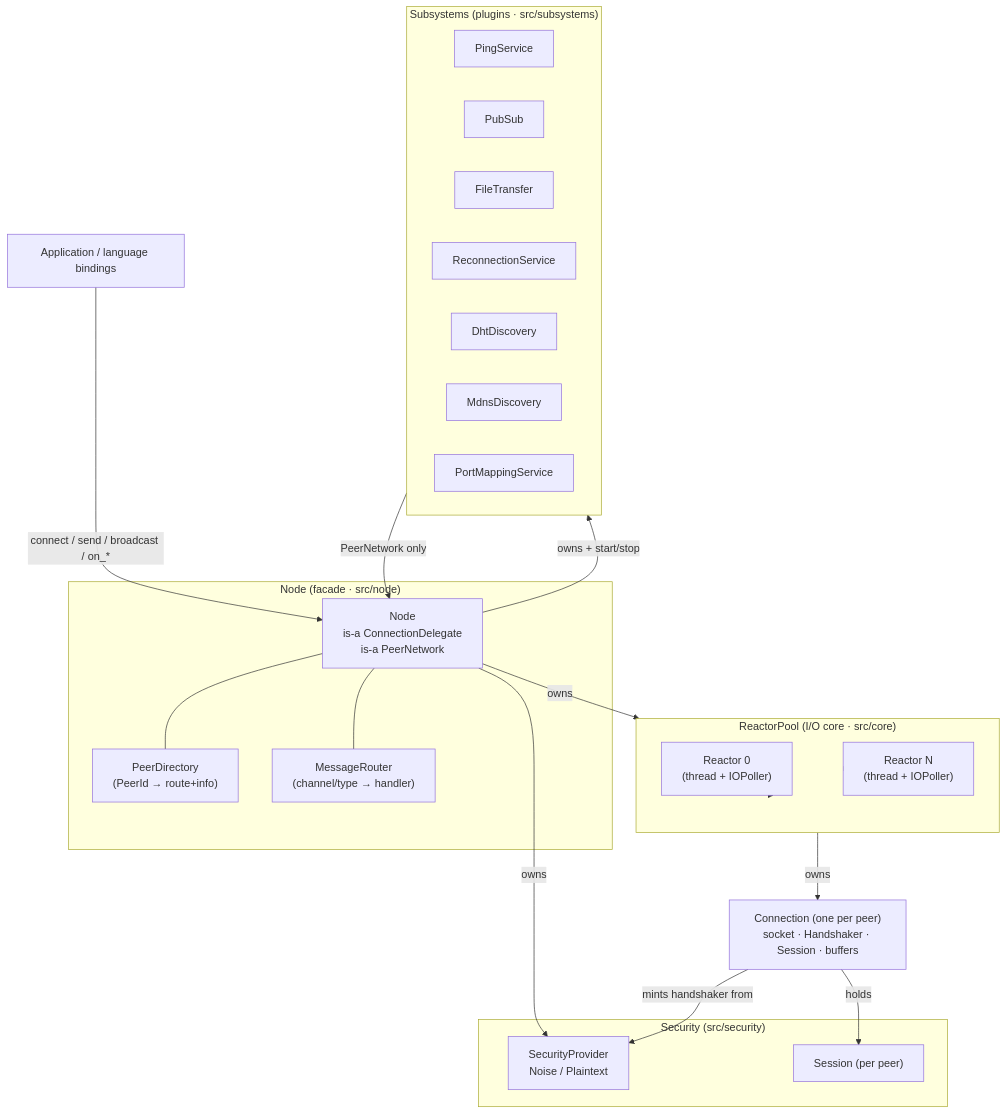
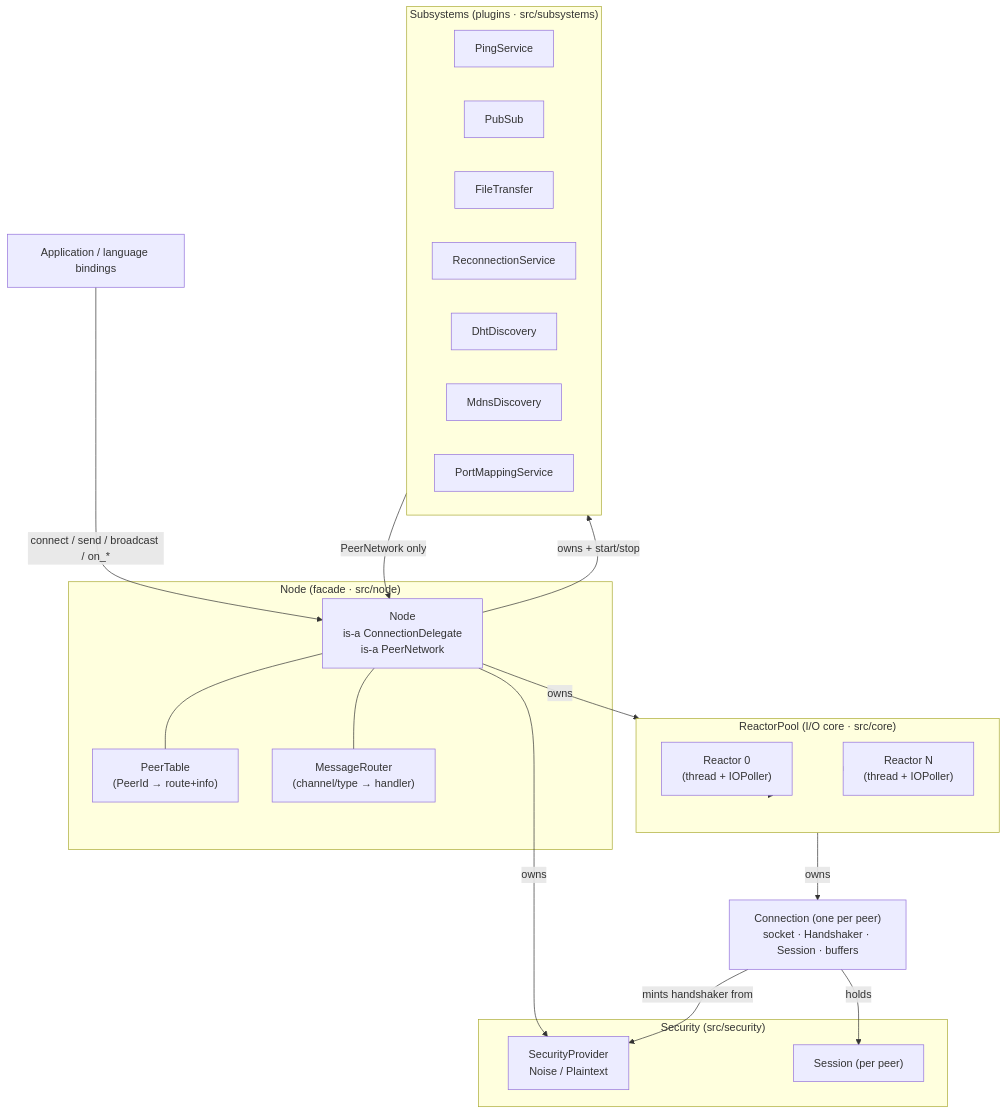
The first of 9 diagrams in ARCHITECTURE.md (librats/librats), drawn with Mermaid before and after one commit. The commit also changed other lines of this file and 39 other files, not shown here.

````diff
--- a/ARCHITECTURE.md
+++ b/ARCHITECTURE.md
@@ -29,46 +29,46 @@
 ```mermaid
 flowchart TB
     App["Application / language bindings"]
 
     subgraph Facade["Node  (facade · src/node)"]
       Node["Node\nis-a ConnectionDelegate\nis-a PeerNetwork"]
-      Dir["PeerDirectory\n(PeerId → route+info)"]
+      Dir["PeerTable\n(PeerId → route+info)"]
       Router["MessageRouter\n(channel/type → handler)"]
     end
 
     subgraph Subs["Subsystems  (plugins · src/subsystems)"]
       direction LR
       Ping["PingService"]
       PubSub["PubSub"]
       FT["FileTransfer"]
       Recon["ReconnectionService"]
       Dht["DhtDiscovery"]
       Mdns["MdnsDiscovery"]
       PM["PortMappingService"]
     end
 
     subgraph Reactors["ReactorPool  (I/O core · src/core)"]
       direction LR
       R0["Reactor 0\n(thread + IOPoller)"]
       R1["Reactor N\n(thread + IOPoller)"]
     end
 
     Conn["Connection (one per peer)\nsocket · Handshaker · Session · buffers"]
 
     subgraph Sec["Security  (src/security)"]
       Prov["SecurityProvider\nNoise / Plaintext"]
       Sess["Session (per peer)"]
     end
 
     App -->|"connect / send / broadcast / on_*"| Node
     Node --- Dir
     Node --- Router
     Node -->|"owns + start/stop"| Subs
     Subs -->|"PeerNetwork only"| Node
     Node -->|owns| Reactors
     Reactors --> R0 & R1
     R0 -->|owns| Conn
     Conn -->|mints handshaker from| Prov
     Conn -->|holds| Sess
     Node -->|owns| Prov
 ```
````
